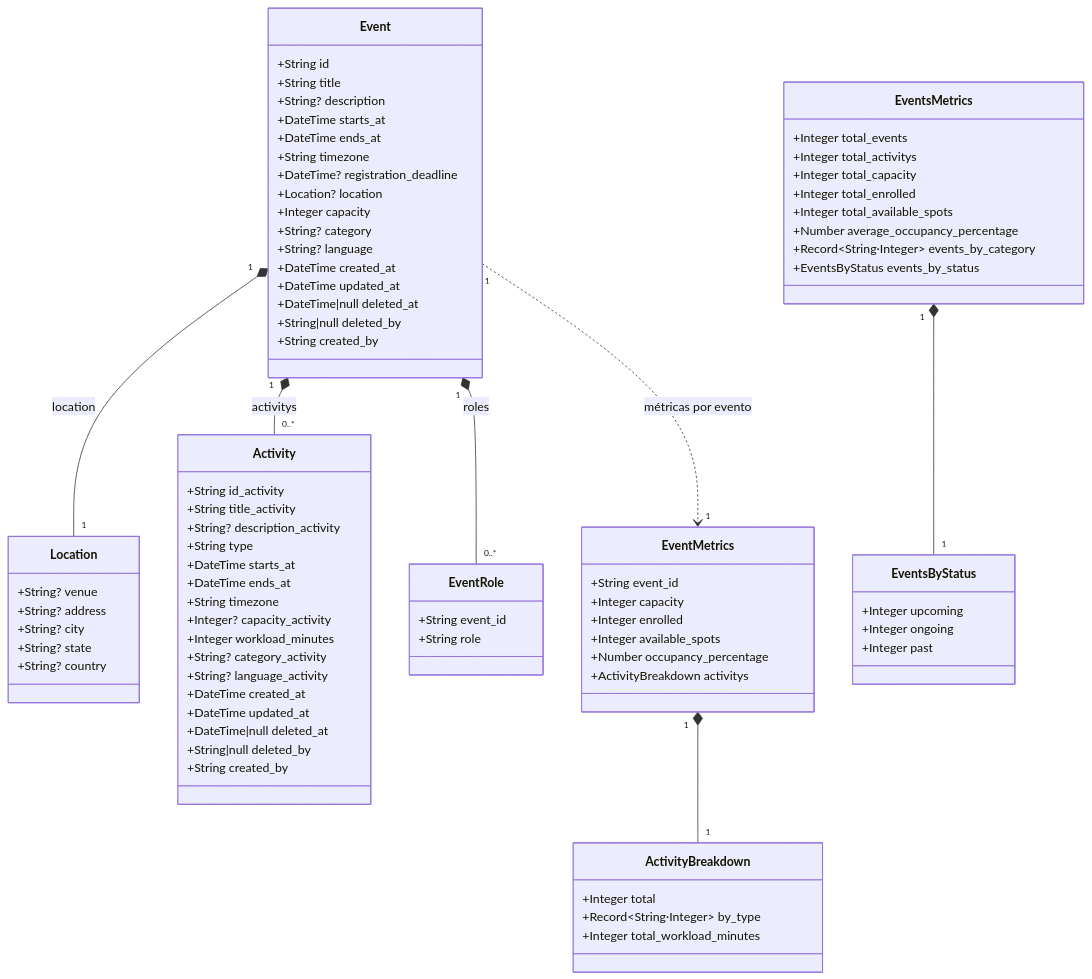
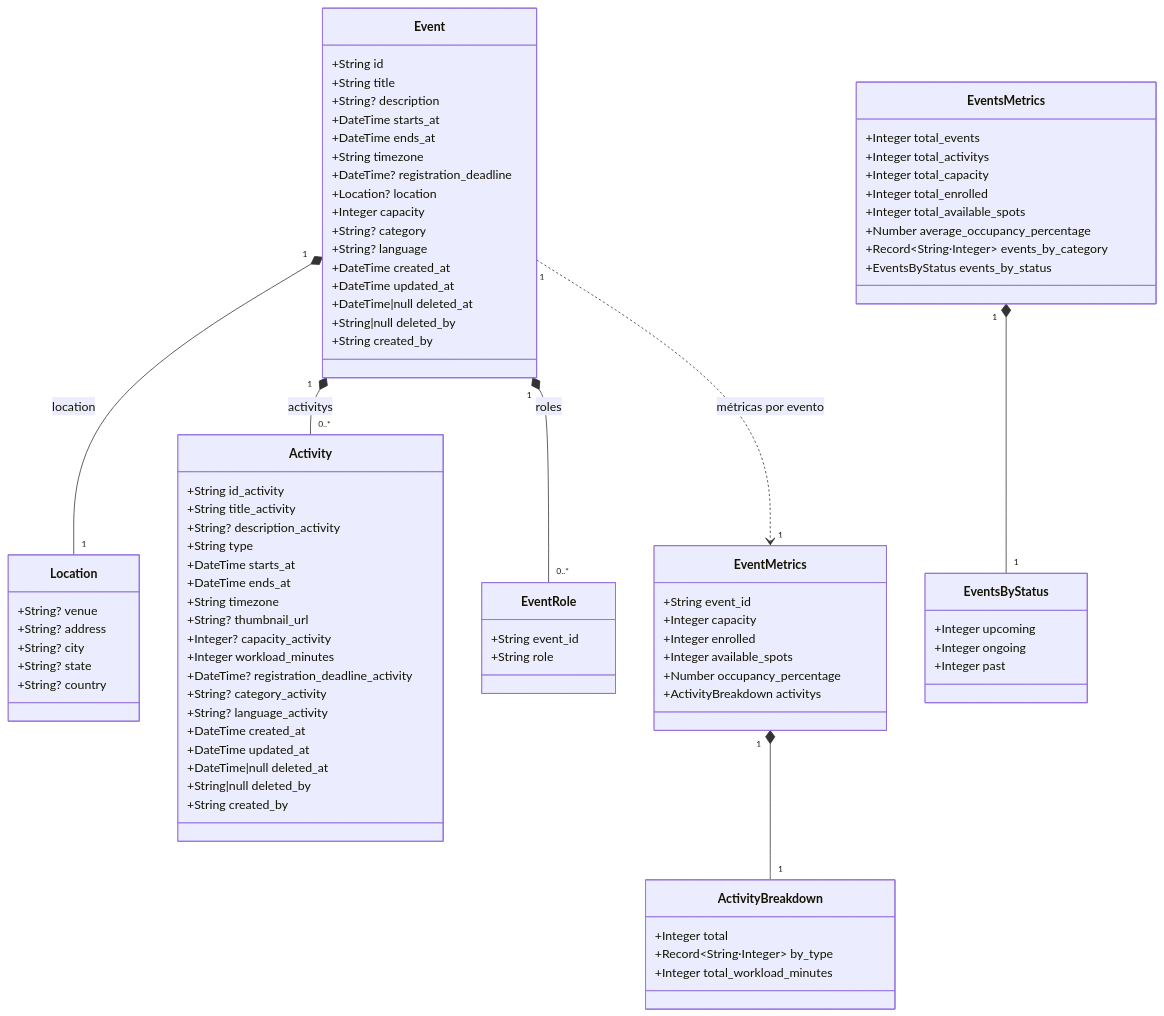
The third of 6 diagrams in README.md (pucrs-csw-2026-1/0x-fork-avengers-t2), drawn with Mermaid before and after one commit. The commit also changed other lines of this file, not shown here.

Commit message:
docs: update README with ESLint, new CI pipeline and Activity model

```diff
--- a/README.md
+++ b/README.md
@@ -228,8 +230,10 @@
         +DateTime starts_at
         +DateTime ends_at
         +String timezone
+        +String? thumbnail_url
         +Integer? capacity_activity
         +Integer workload_minutes
+        +DateTime? registration_deadline_activity
         +String? category_activity
         +String? language_activity
         +DateTime created_at
```
